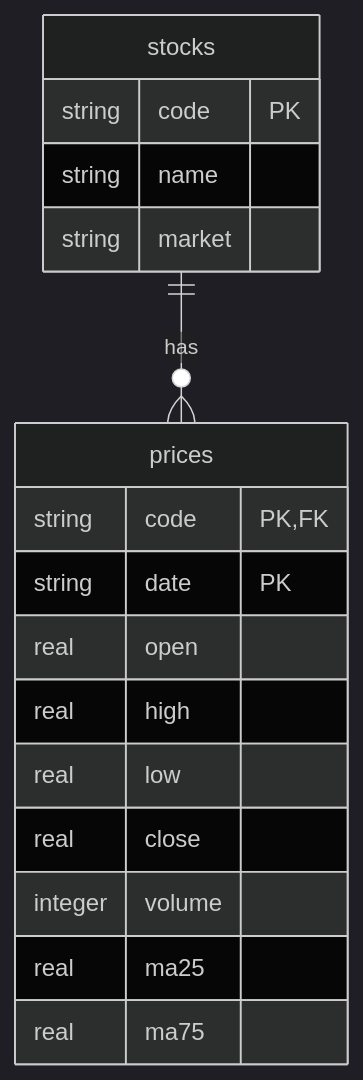
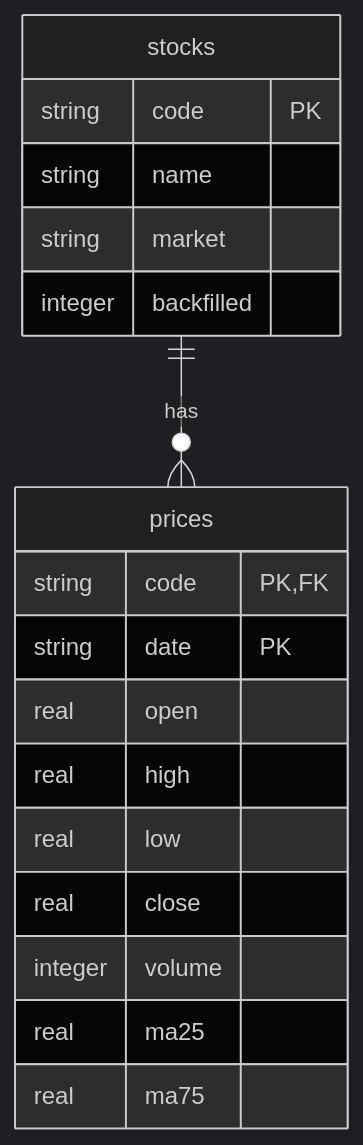
One commit to git-san-934/tse-price-db changed the second of 3 diagrams in docs/functional-design.md. Above: the diagram before and after it, drawn with Mermaid (dark theme). The commit also changed other lines of this file and 16 other files, not shown here.

````diff
--- a/docs/functional-design.md
+++ b/docs/functional-design.md
@@ -33,20 +36,21 @@
 ```mermaid
 erDiagram
   stocks ||--o{ prices : has
   stocks {
     string code PK
     string name
     string market
+    integer backfilled
   }
   prices {
     string code PK, FK
     string date PK
     real open
     real high
     real low
     real close
     integer volume
     real ma25
     real ma75
   }
 ```
````
